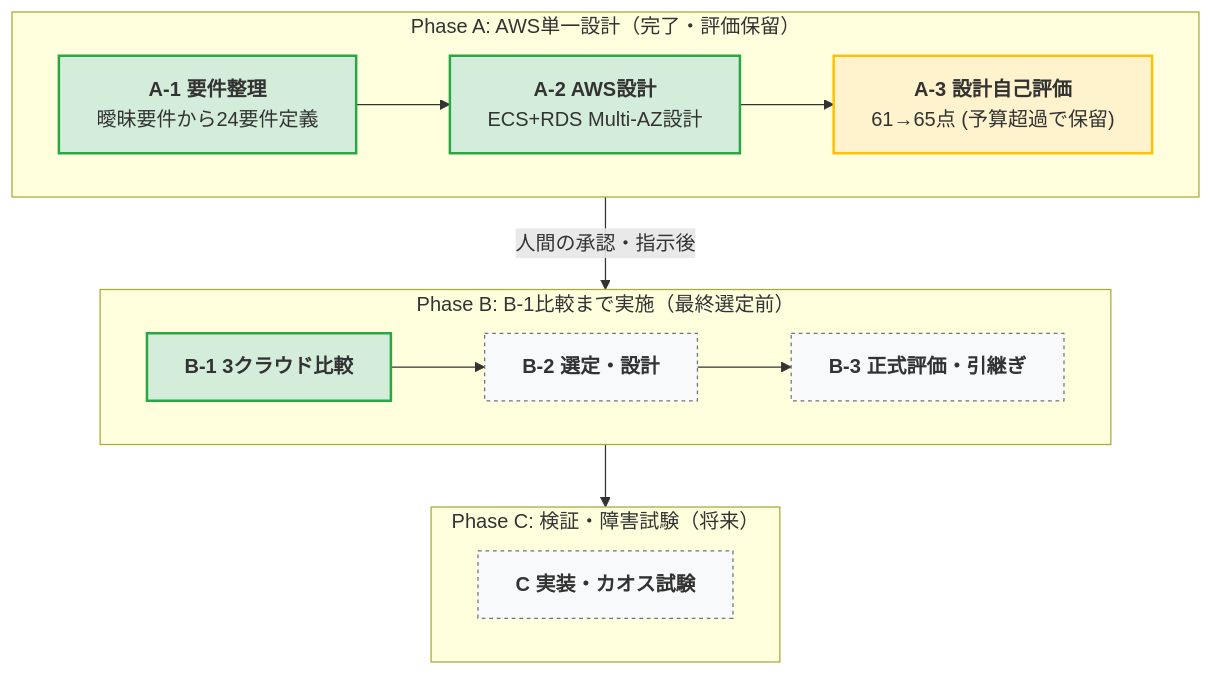
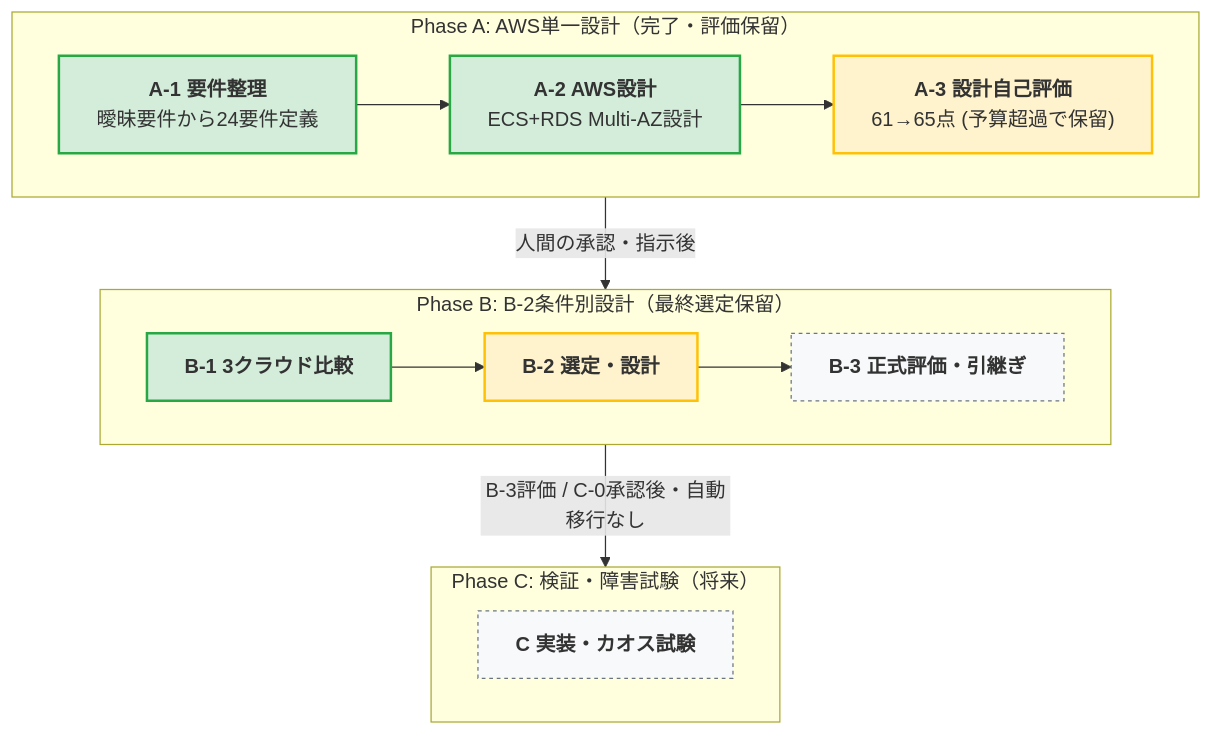
The diagram in README.md (moruku36/cloud-validation-level3-astra-light), drawn with Mermaid before and after one commit. The commit also changed other lines of this file and 5 other files, not shown here.

````diff
--- a/README.md
+++ b/README.md
@@ -29,25 +29,26 @@
 ```mermaid
 flowchart TB
   subgraph PhaseA ["Phase A: AWS単一設計（完了・評価保留）"]
     direction LR
     A1["<b>A-1 要件整理</b><br/>曖昧要件から24要件定義"] --> A2["<b>A-2 AWS設計</b><br/>ECS+RDS Multi-AZ設計"] --> A3["<b>A-3 設計自己評価</b><br/>61→65点 (予算超過で保留)"]
   end
-  subgraph PhaseB ["Phase B: B-1比較まで実施（最終選定前）"]
+  subgraph PhaseB ["Phase B: B-2条件別設計（最終選定保留）"]
     direction LR
     B1["<b>B-1 3クラウド比較</b>"] --> B2["<b>B-2 選定・設計</b>"] --> B3["<b>B-3 正式評価・引継ぎ</b>"]
   end
   subgraph PhaseC ["Phase C: 検証・障害試験（将来）"]
     C1["<b>C 実装・カオス試験</b>"]
   end
 
   PhaseA -->|人間の承認・指示後| PhaseB
-  PhaseB --> PhaseC
+  PhaseB -->|"B-3評価 / C-0承認後・自動移行なし"| PhaseC
 
   classDef done fill:#d4edda,stroke:#28a745,stroke-width:2px;
   classDef pending fill:#fff3cd,stroke:#ffc107,stroke-width:2px;
   classDef future fill:#f8f9fa,stroke:#6c757d,stroke-width:1px,stroke-dasharray: 3 3;
   class A1,A2 done;
   class A3 pending;
   class B1 done;
-  class B2,B3,C1 future;
+  class B2 pending;
+  class B3,C1 future;
 ```
````
